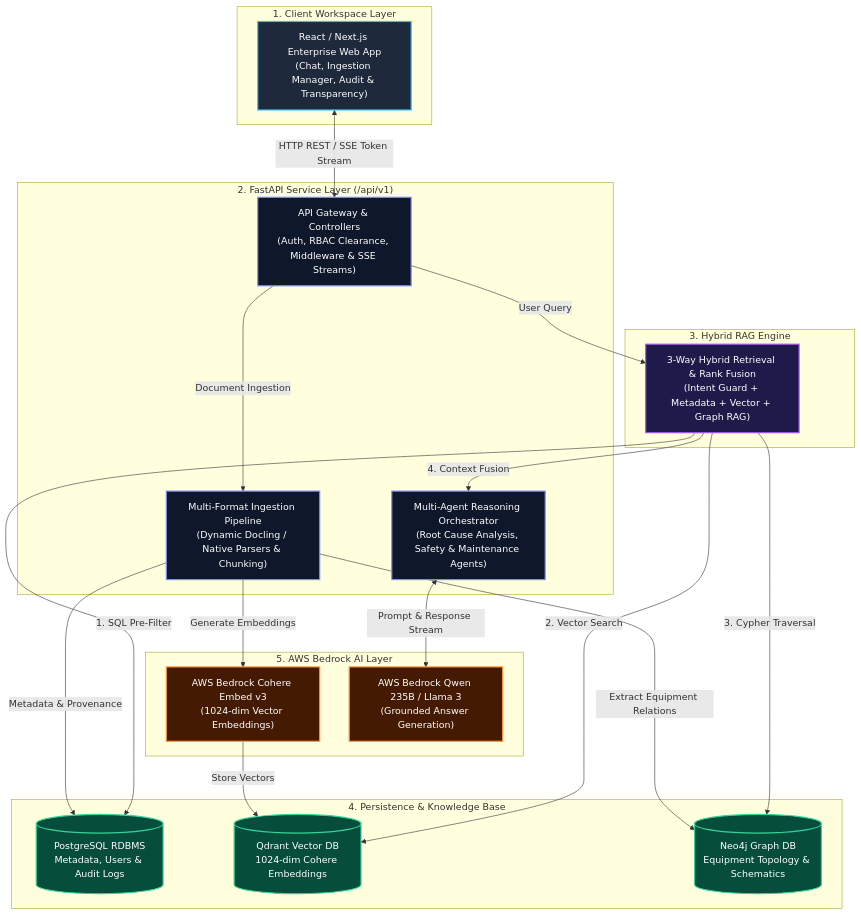
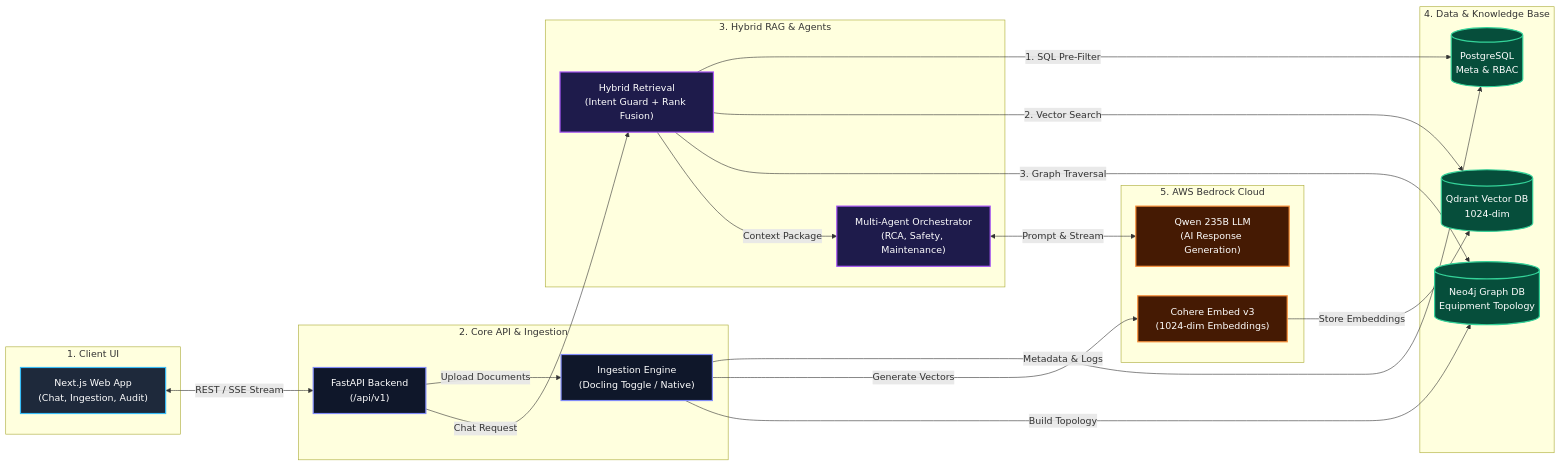
Before and after one commit to CHERRY0456/Sangrahalayamu---Unified-Brain-AI: the diagram in README.md, drawn with Mermaid. The commit also changed other lines of this file and 2 other files, not shown here.

````diff
--- a/README.md
+++ b/README.md
@@ -9,49 +9,47 @@
 ```mermaid
-graph TD
-    classDef frontend fill:#1e293b,stroke:#38bdf8,stroke-width:2px,color:#fff;
-    classDef backend fill:#0f172a,stroke:#818cf8,stroke-width:2px,color:#fff;
+graph LR
+    classDef client fill:#1e293b,stroke:#38bdf8,stroke-width:2px,color:#fff;
+    classDef app fill:#0f172a,stroke:#818cf8,stroke-width:2px,color:#fff;
     classDef rag fill:#1e1b4b,stroke:#a855f7,stroke-width:2px,color:#fff;
-    classDef storage fill:#064e3b,stroke:#34d399,stroke-width:2px,color:#fff;
-    classDef bedrock fill:#451a03,stroke:#fb923c,stroke-width:2px,color:#fff;
+    classDef db fill:#064e3b,stroke:#34d399,stroke-width:2px,color:#fff;
+    classDef ai fill:#451a03,stroke:#fb923c,stroke-width:2px,color:#fff;
 
-    subgraph UserInterface ["1. Client Workspace Layer"]
-        UI["React / Next.js Enterprise Web App<br/>(Chat, Ingestion Manager, Audit & Transparency)"]:::frontend
+    subgraph UI ["1. Client UI"]
+        A["Next.js Web App<br/>(Chat, Ingestion, Audit)"]:::client
     end
 
-    subgraph ApplicationLayer ["2. FastAPI Service Layer (/api/v1)"]
-        API["API Gateway & Controllers<br/>(Auth, RBAC Clearance, Middleware & SSE Streams)"]:::backend
-        Ingestion["Multi-Format Ingestion Pipeline<br/>(Dynamic Docling / Native Parsers & Chunking)"]:::backend
-        Agents["Multi-Agent Reasoning Orchestrator<br/>(Root Cause Analysis, Safety & Maintenance Agents)"]:::backend
+    subgraph API ["2. Core API & Ingestion"]
+        B["FastAPI Backend<br/>(/api/v1)"]:::app
+        C["Ingestion Engine<br/>(Docling Toggle / Native)"]:::app
     end
 
-    subgraph HybridRAG ["3. Hybrid RAG Engine"]
-        Retrieval["3-Way Hybrid Retrieval & Rank Fusion<br/>(Intent Guard + Metadata + Vector + Graph RAG)"]:::rag
+    subgraph RAG ["3. Hybrid RAG & Agents"]
+        D["Hybrid Retrieval<br/>(Intent Guard + Rank Fusion)"]:::rag
+        E["Multi-Agent Orchestrator<br/>(RCA, Safety, Maintenance)"]:::rag
     end
 
-    subgraph DataPersistence ["4. Persistence & Knowledge Base"]
-        Postgres[(PostgreSQL RDBMS<br/>Metadata, Users & Audit Logs)]:::storage
-        Qdrant[(Qdrant Vector DB<br/>1024-dim Cohere Embeddings)]:::storage
-        Neo4j[(Neo4j Graph DB<br/>Equipment Topology & Schematics)]:::storage
+    subgraph DB ["4. Data & Knowledge Base"]
+        F[(PostgreSQL<br/>Meta & RBAC)]:::db
+        G[(Qdrant Vector DB<br/>1024-dim)]:::db
+        H[(Neo4j Graph DB<br/>Equipment Topology)]:::db
     end
 
-    subgraph FoundationAI ["5. AWS Bedrock AI Layer"]
-        Cohere["AWS Bedrock Cohere Embed v3<br/>(1024-dim Vector Embeddings)"]:::bedrock
-        LLM["AWS Bedrock Qwen 235B / Llama 3<br/>(Grounded Answer Generation)"]:::bedrock
+    subgraph AI ["5. AWS Bedrock Cloud"]
+        I["Cohere Embed v3<br/>(1024-dim Embeddings)"]:::ai
+        J["Qwen 235B LLM<br/>(AI Response Generation)"]:::ai
     end
 
-    %% Data flow connections
-    UI <-->|HTTP REST / SSE Token Stream| API
-    API -->|Document Ingestion| Ingestion
-    API -->|User Query| Retrieval
+    A <-->|REST / SSE Stream| B
+    B -->|Upload Documents| C
+    B -->|Chat Request| D
     
-    Ingestion -->|Metadata & Provenance| Postgres
-    Ingestion -->|Generate Embeddings| Cohere -->|Store Vectors| Qdrant
-    Ingestion -->|Extract Equipment Relations| Neo4j
-    
-    Retrieval -->|1. SQL Pre-Filter| Postgres
-    Retrieval -->|2. Vector Search| Qdrant
-    Retrieval -->|3. Cypher Traversal| Neo4j
-    
-    Retrieval -->|4. Context Fusion| Agents
-    Agents <-->|Prompt & Response Stream| LLM
+    C -->|Metadata & Logs| F
+    C -->|Generate Vectors| I -->|Store Embeddings| G
+    C -->|Build Topology| H
+
+    D -->|1. SQL Pre-Filter| F
+    D -->|2. Vector Search| G
+    D -->|3. Graph Traversal| H
+    D -->|Context Package| E
+    E <-->|Prompt & Stream| J
 ```
````
